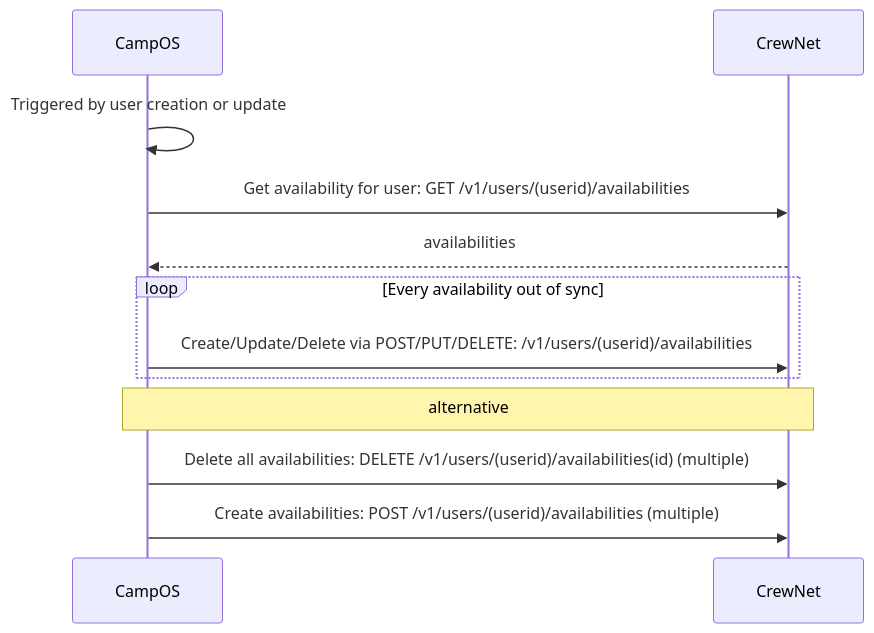
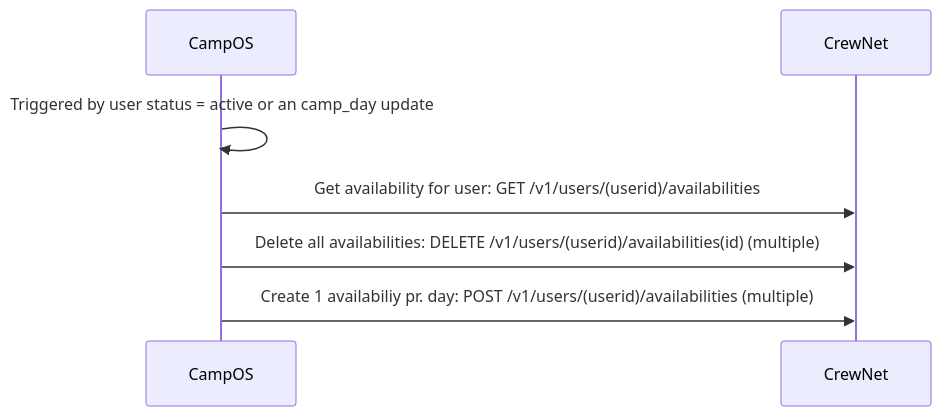
Before and after one commit to Spejderneslejr/crewnet-integration: the third of 6 diagrams in docs/flow.md, drawn with Mermaid. The commit also changed other lines of this file, not shown here.

Commit message:
Updated flow documentation

````diff
--- a/docs/flow.md
+++ b/docs/flow.md
@@ -77,16 +76,11 @@
 ```mermaid
 sequenceDiagram
     participant campos as CampOS
     participant crewnet as CrewNet
 
-campos ->> campos: Triggered by user creation or update
+campos ->> campos: Triggered by user status = active or an camp_day update
 campos ->> crewnet: Get availability for user: GET /v1/users/(userid)/availabilities
-crewnet -->> campos: availabilities
-loop Every availability out of sync
-    campos ->> crewnet: Create/Update/Delete via POST/PUT/DELETE: /v1/users/(userid)/availabilities
-end
-note over campos, crewnet: alternative
 campos ->> crewnet: Delete all availabilities: DELETE /v1/users/(userid)/availabilities(id) (multiple)
-campos ->> crewnet: Create availabilities: POST /v1/users/(userid)/availabilities (multiple)
+campos ->> crewnet: Create 1 availabiliy pr. day: POST /v1/users/(userid)/availabilities (multiple)
 
 ```
````
